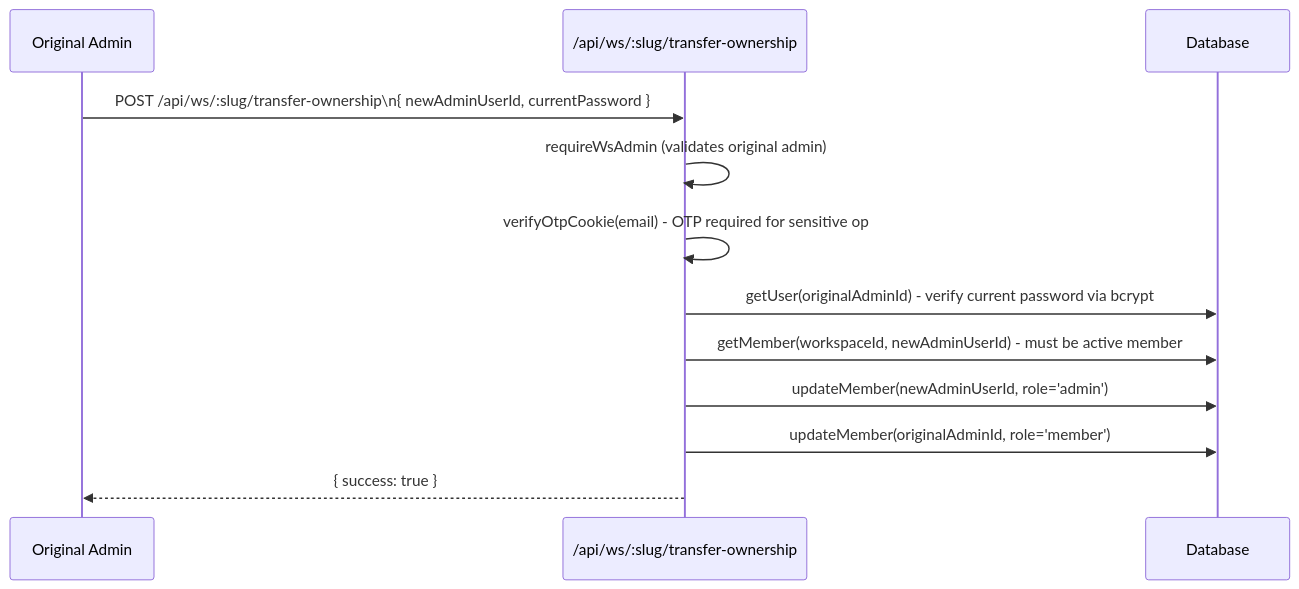
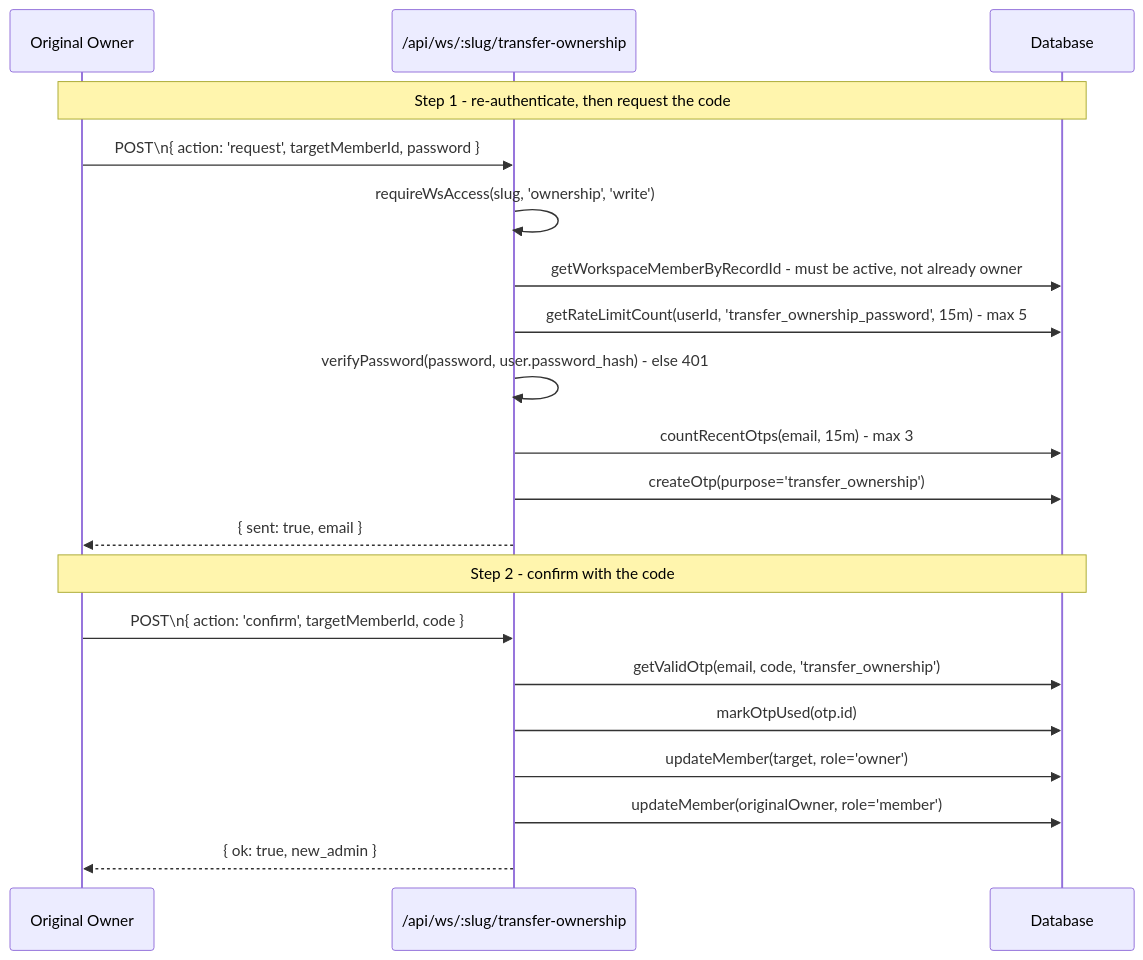
Before and after one commit to ksharma20/checkmark: the eighth of 8 diagrams in docs/architecture/workspace-flow.md, drawn with Mermaid. The commit also changed other lines of this file and 72 other files, not shown here.

Commit message:
feat: add role-based permissions with resource and action guards

````diff
--- a/docs/architecture/workspace-flow.md
+++ b/docs/architecture/workspace-flow.md
@@ -211,16 +211,24 @@
 ```mermaid
 sequenceDiagram
-  participant OA as Original Admin
+  participant OO as Original Owner
   participant API as /api/ws/:slug/transfer-ownership
   participant DB as Database
 
-  OA->>API: POST /api/ws/:slug/transfer-ownership\n{ newAdminUserId, currentPassword }
+  Note over OO,DB: Step 1 - re-authenticate, then request the code
+  OO->>API: POST\n{ action: 'request', targetMemberId, password }
+  API->>API: requireWsAccess(slug, 'ownership', 'write')
+  API->>DB: getWorkspaceMemberByRecordId - must be active, not already owner
+  API->>DB: getRateLimitCount(userId, 'transfer_ownership_password', 15m) - max 5
+  API->>API: verifyPassword(password, user.password_hash) - else 401
+  API->>DB: countRecentOtps(email, 15m) - max 3
+  API->>DB: createOtp(purpose='transfer_ownership')
+  API-->>OO: { sent: true, email }
 
-  API->>API: requireWsAdmin (validates original admin)
-  API->>API: verifyOtpCookie(email) - OTP required for sensitive op
-  API->>DB: getUser(originalAdminId) - verify current password via bcrypt
-  API->>DB: getMember(workspaceId, newAdminUserId) - must be active member
-  API->>DB: updateMember(newAdminUserId, role='admin')
-  API->>DB: updateMember(originalAdminId, role='member')
-  API-->>OA: { success: true }
+  Note over OO,DB: Step 2 - confirm with the code
+  OO->>API: POST\n{ action: 'confirm', targetMemberId, code }
+  API->>DB: getValidOtp(email, code, 'transfer_ownership')
+  API->>DB: markOtpUsed(otp.id)
+  API->>DB: updateMember(target, role='owner')
+  API->>DB: updateMember(originalOwner, role='member')
+  API-->>OO: { ok: true, new_admin }
 ```
````
